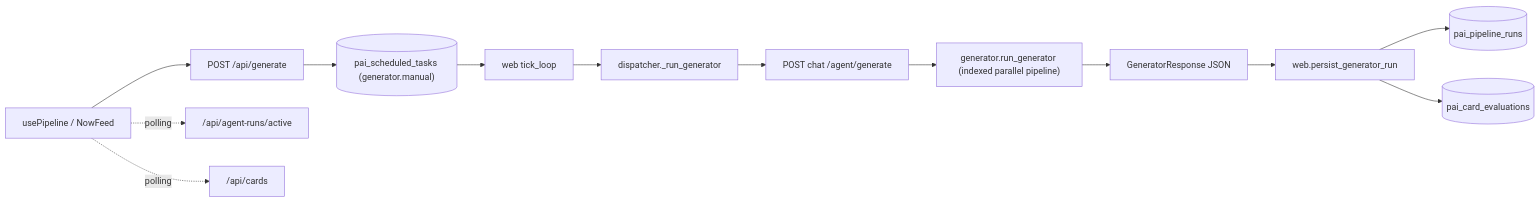
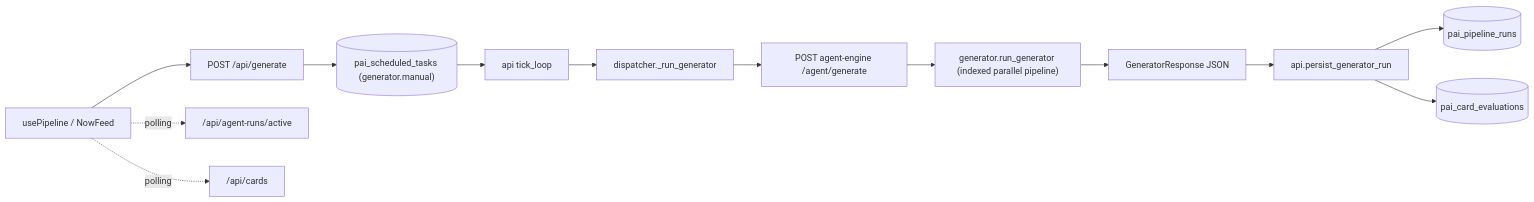
Before and after one commit to Edge-AI-HQ/proactive-assistant: the first of 2 diagrams in docs/modules/generation.mdx, drawn with Mermaid. The commit also changed other lines of this file and 69 other files, not shown here.

````diff
--- a/docs/modules/generation.mdx
+++ b/docs/modules/generation.mdx
@@ -16,15 +16,15 @@
 ```mermaid
 flowchart LR
   UI["usePipeline / NowFeed"] --> API["POST /api/generate"]
   API --> Q[("pai_scheduled_tasks (generator.manual)")]
-  Q --> Sched["web tick_loop"]
+  Q --> Sched["api tick_loop"]
   Sched --> Disp["dispatcher._run_generator"]
-  Disp --> Chat["POST chat /agent/generate"]
+  Disp --> Chat["POST agent-engine /agent/generate"]
   Chat --> Agent["generator.run_generator (indexed parallel pipeline)"]
   Agent --> Resp["GeneratorResponse JSON"]
-  Resp --> Persist["web.persist_generator_run"]
+  Resp --> Persist["api.persist_generator_run"]
   Persist --> PR[("pai_pipeline_runs")]
   Persist --> CE[("pai_card_evaluations")]
   UI -. polling .-> Runs["/api/agent-runs/active"]
   UI -. polling .-> Cards["/api/cards"]
 ```
````
